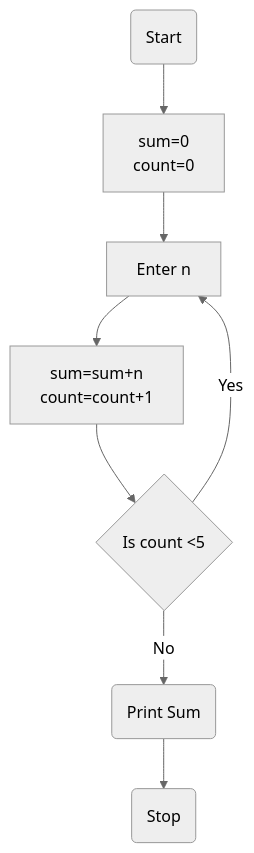
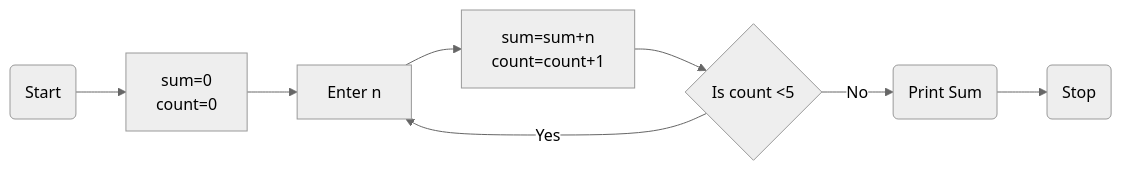
One commit to calaldees/teachingWorkshops changed the fourth of 4 diagrams in teacherTraining/_diagrams.md. Above: the diagram before and after it, drawn with Mermaid (neutral theme). The commit also changed other lines of this file and 1 other file, not shown here.

````diff
--- a/teacherTraining/_diagrams.md
+++ b/teacherTraining/_diagrams.md
@@ -192,17 +194,17 @@
 ```mermaid
-graph TD
+graph LR
     %% AQA GCSE Computer Science : Steve Cushing
     %% Chapter 4: Algorithms in Mathematics - pg39
     %% Figure 4.1 Flowchart for finding the sum of five numbers
 
     start(Start)
     init[sum=0 <br> count=0]
     input[Enter n]
     increment[sum=sum+n <br> count=count+1]
     check{Is count <5}
     output(Print Sum)
     stop(Stop)
 
     start --> init --> input --> increment --> check -- No --> output --> stop
     check -- Yes --> input
 ```
````
